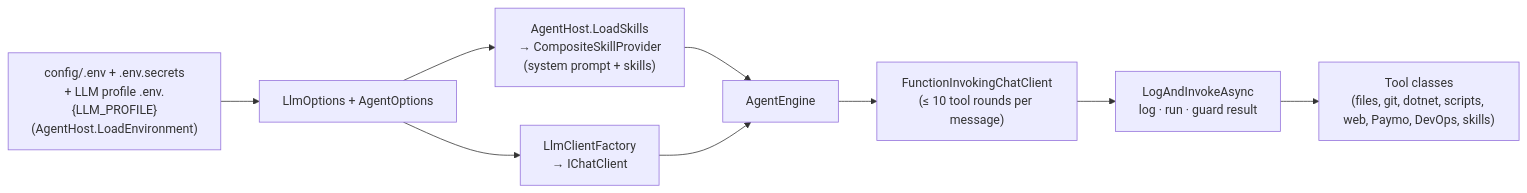
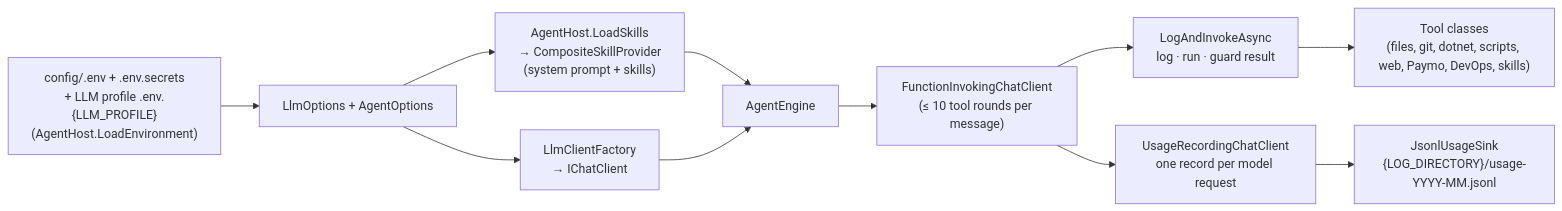
The diagram in docs/projects/louis-agent.core.md (bosbevk/louis-agent), drawn with Mermaid before and after one commit. The commit also changed other lines of this file and 17 other files, not shown here.

````diff
--- a/docs/projects/louis-agent.core.md
+++ b/docs/projects/louis-agent.core.md
@@ -14,11 +14,13 @@
 ```mermaid
 flowchart LR
     Env["config/.env + .env.secrets<br/>+ LLM profile .env.{LLM_PROFILE}<br/>(AgentHost.LoadEnvironment)"] --> Opts["LlmOptions + AgentOptions"]
     Opts --> Skills["AgentHost.LoadSkills<br/>→ CompositeSkillProvider<br/>(system prompt + skills)"]
     Opts --> Factory["LlmClientFactory<br/>→ IChatClient"]
     Skills --> Engine["AgentEngine"]
     Factory --> Engine
     Engine --> Loop["FunctionInvokingChatClient<br/>(≤ 10 tool rounds per message)"]
     Loop --> Guards["LogAndInvokeAsync<br/>log · run · guard result"]
     Guards --> Tools["Tool classes<br/>(files, git, dotnet, scripts, web, Paymo, DevOps, skills)"]
+    Loop --> Rec["UsageRecordingChatClient<br/>one record per model request"]
+    Rec --> Ledger["JsonlUsageSink<br/>{LOG_DIRECTORY}/usage-YYYY-MM.jsonl"]
 ```
````
